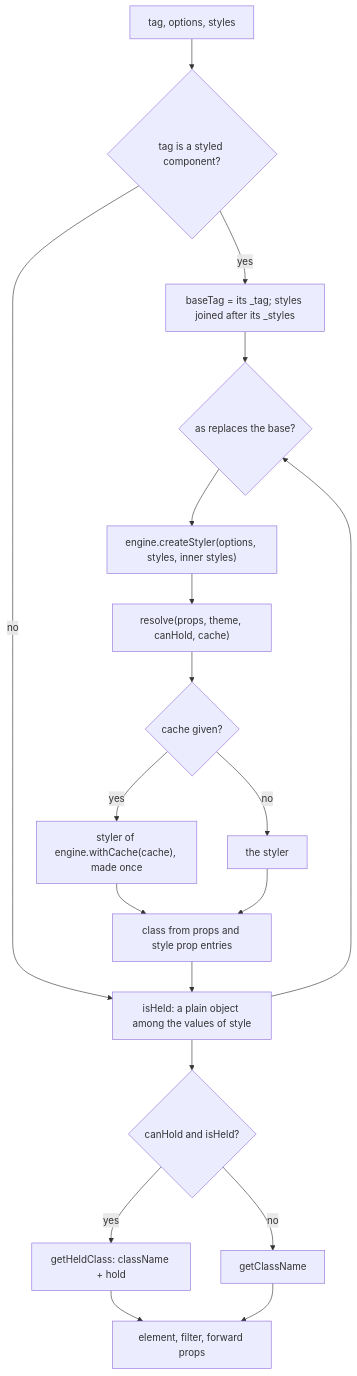
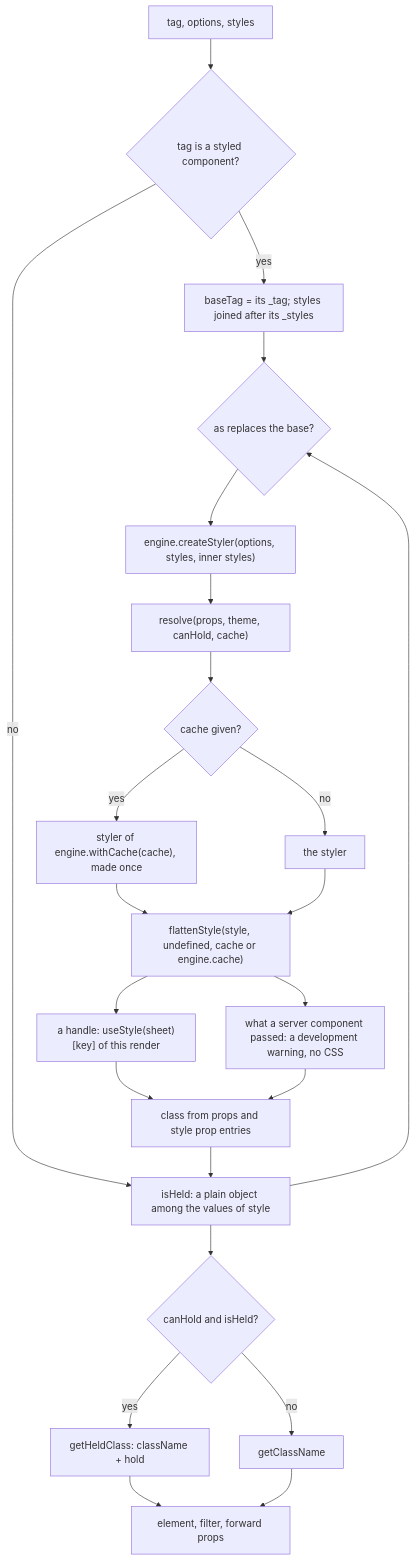
Before and after one commit to soroush-tech/umber-style: the diagram in packages/react/src/styledParts.md, drawn with Mermaid. The commit also changed other lines of this file and 80 other files, not shown here.

Commit message:
feat: a styled component resolves an entry of a theme sheet given to its style prop with no useStyle, and SheetStyleProp types a style prop of sheet entries in every binding - close #88, close #89

````diff
--- a/packages/react/src/styledParts.md
+++ b/packages/react/src/styledParts.md
@@ -20,21 +20,25 @@
 ```mermaid
 flowchart TD
   tag["tag, options, styles"] --> inner{"tag is a styled component?"}
   inner -->|yes| flat["baseTag = its _tag; styles joined after its _styles"]
   inner -->|no| plain["baseTag = tag"]
   flat --> replaced
   plain --> replaced{"as replaces the base?"}
   replaced --> styler["engine.createStyler(options, styles, inner styles)"]
   styler --> resolve["resolve(props, theme, canHold, cache)"]
   resolve --> own{"cache given?"}
   own -->|yes| other["styler of engine.withCache(cache), made once"]
   own -->|no| main["the styler"]
-  other --> cls["class from props and style prop entries"]
-  main --> cls
+  other --> flatten
+  main --> flatten["flattenStyle(style, undefined, cache or engine.cache)"]
+  flatten --> handle["a handle: useStyle(sheet)[key] of this render"]
+  flatten --> leftover["what a server component passed: a development warning, no CSS"]
+  handle --> cls["class from props and style prop entries"]
+  leftover --> cls
   cls --> plain["isHeld: a plain object among the values of style"]
   plain --> hold{"canHold and isHeld?"}
   hold -->|yes| held["getHeldClass: className + hold"]
   hold -->|no| get["getClassName"]
   held --> filter["element, filter, forward props"]
   get --> filter
 ```
````
